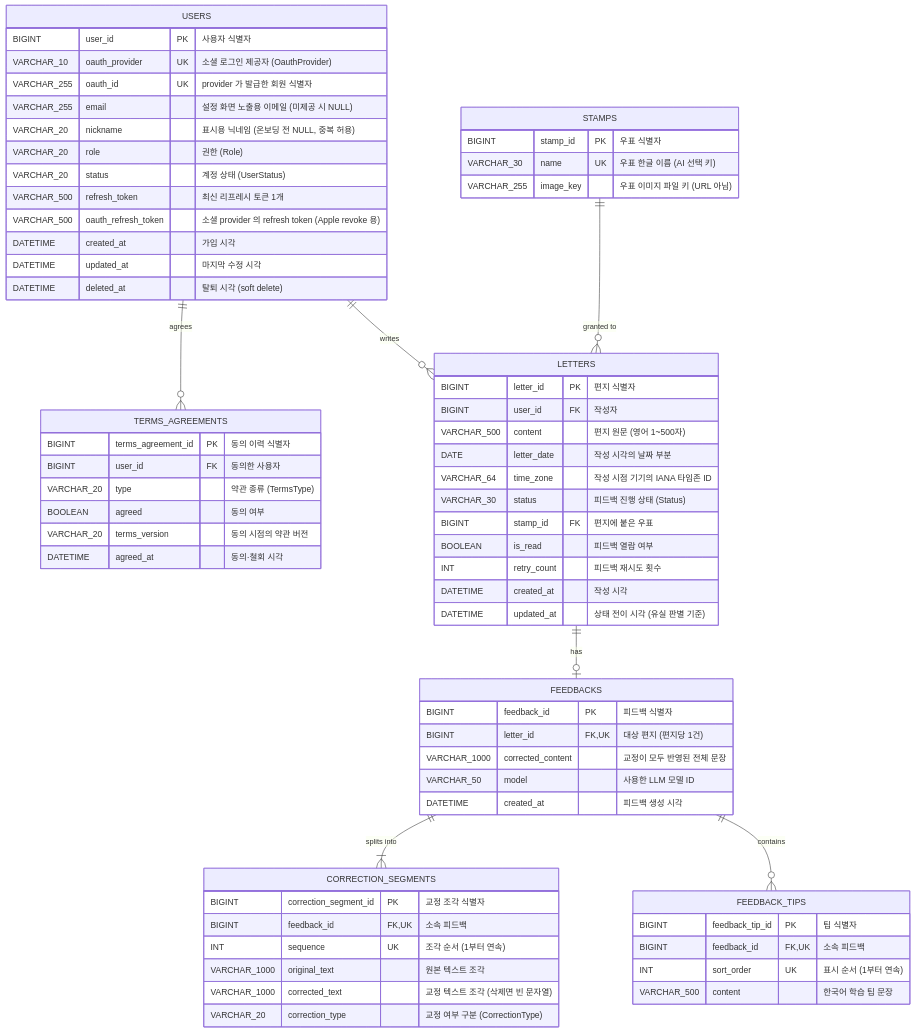
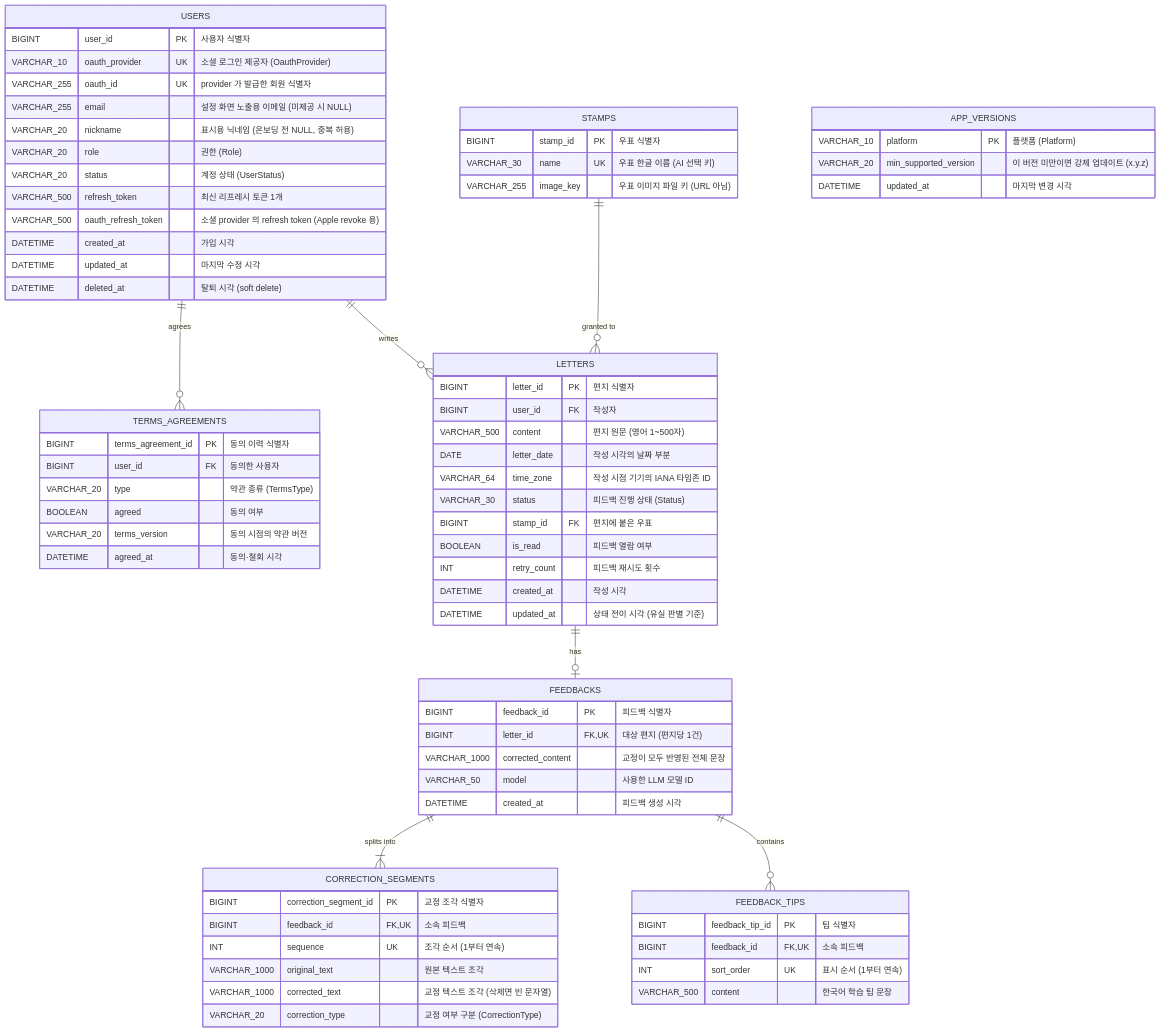
Before and after one commit to Dear-Jolly/Jolly_Server: the diagram in docs/ERD.md, drawn with Mermaid. The commit also changed other lines of this file and 6 other files, not shown here.

````diff
--- a/docs/ERD.md
+++ b/docs/ERD.md
@@ -105,4 +105,10 @@
         INT sort_order UK "표시 순서 (1부터 연속)"
         VARCHAR_500 content "한국어 학습 팁 문장"
     }
+
+    APP_VERSIONS {
+        VARCHAR_10 platform PK "플랫폼 (Platform)"
+        VARCHAR_20 min_supported_version "이 버전 미만이면 강제 업데이트 (x.y.z)"
+        DATETIME updated_at "마지막 변경 시각"
+    }
 ```
````
